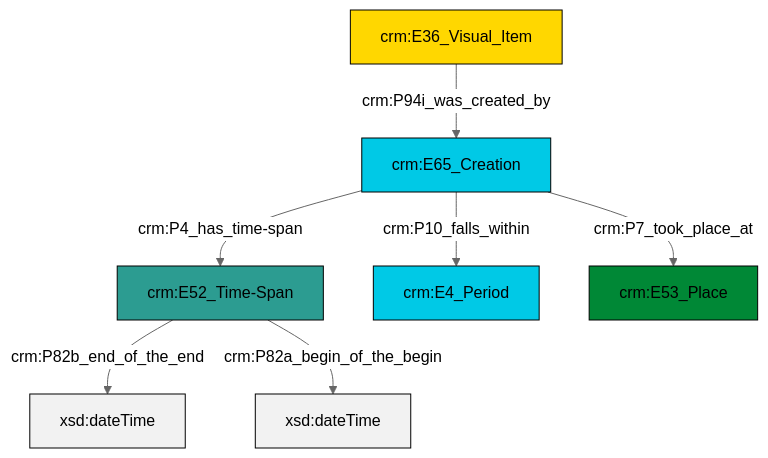
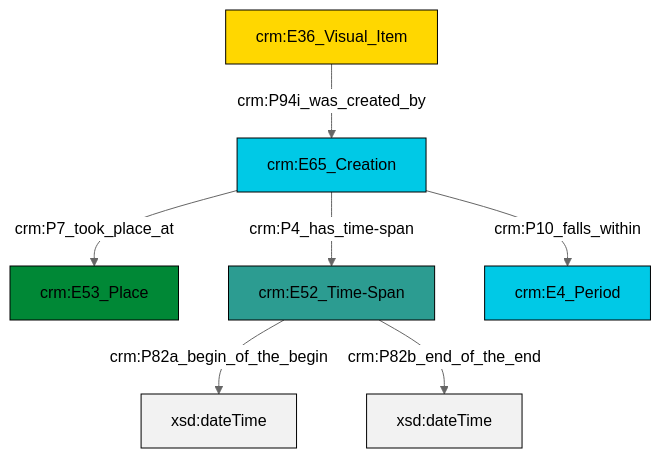
The diagram in et/imgCSV/ttl/mmd/img_existence.ttl.mmd (swiss-art-research-net/docs.swissartresearch), drawn with Mermaid (neutral theme) before and after one commit. The commit also changed 204 other files, not shown here.

```diff
--- a/et/imgCSV/ttl/mmd/img_existence.ttl.mmd
+++ b/et/imgCSV/ttl/mmd/img_existence.ttl.mmd
@@ -1,21 +1,21 @@
 graph TD
 classDef Literal fill:#f2f2f2,stroke:#000000;
 classDef CRM_Entity fill:#FFFFFF,stroke:#000000;
 classDef Temporal_Entity fill:#00C9E6, stroke:#000000;
 classDef Type fill:#E18312, stroke:#000000;
 classDef Time-Span fill:#2C9C91, stroke:#000000;
 classDef Appellation fill:#FFEB7F, stroke:#000000;
 classDef Place fill:#008836, stroke:#000000;
 classDef Persistent_Item fill:#B266B2, stroke:#000000;
 classDef Conceptual_Object fill:#FFD700, stroke:#000000;
 classDef Physical_Thing fill:#D2B48C, stroke:#000000;
 classDef Actor fill:#f58aad, stroke:#000000;
 classDef PC_Classes fill:#4ce600, stroke:#000000;
 classDef Multi fill:#cccccc,stroke:#000000;
 
-6["crm:E65_Creation"]:::Temporal_Entity -->|crm:P10_falls_within| 2["crm:E4_Period"]:::Temporal_Entity
-0["crm:E52_Time-Span"]:::Time-Span -->|crm:P82b_end_of_the_end| 8[xsd:dateTime]:::Literal
-6["crm:E65_Creation"]:::Temporal_Entity -->|crm:P7_took_place_at| 9["crm:E53_Place"]:::Place
-6["crm:E65_Creation"]:::Temporal_Entity -->|crm:P4_has_time-span| 0["crm:E52_Time-Span"]:::Time-Span
-4["crm:E36_Visual_Item"]:::Conceptual_Object -->|crm:P94i_was_created_by| 6["crm:E65_Creation"]:::Temporal_Entity
-0["crm:E52_Time-Span"]:::Time-Span -->|crm:P82a_begin_of_the_begin| 11[xsd:dateTime]:::Literal
+4["crm:E52_Time-Span"]:::Time-Span -->|crm:P82a_begin_of_the_begin| 5[xsd:dateTime]:::Literal
+6["crm:E65_Creation"]:::Temporal_Entity -->|crm:P4_has_time-span| 4["crm:E52_Time-Span"]:::Time-Span
+4["crm:E52_Time-Span"]:::Time-Span -->|crm:P82b_end_of_the_end| 7[xsd:dateTime]:::Literal
+0["crm:E36_Visual_Item"]:::Conceptual_Object -->|crm:P94i_was_created_by| 6["crm:E65_Creation"]:::Temporal_Entity
+6["crm:E65_Creation"]:::Temporal_Entity -->|crm:P10_falls_within| 10["crm:E4_Period"]:::Temporal_Entity
+6["crm:E65_Creation"]:::Temporal_Entity -->|crm:P7_took_place_at| 2["crm:E53_Place"]:::Place
```
